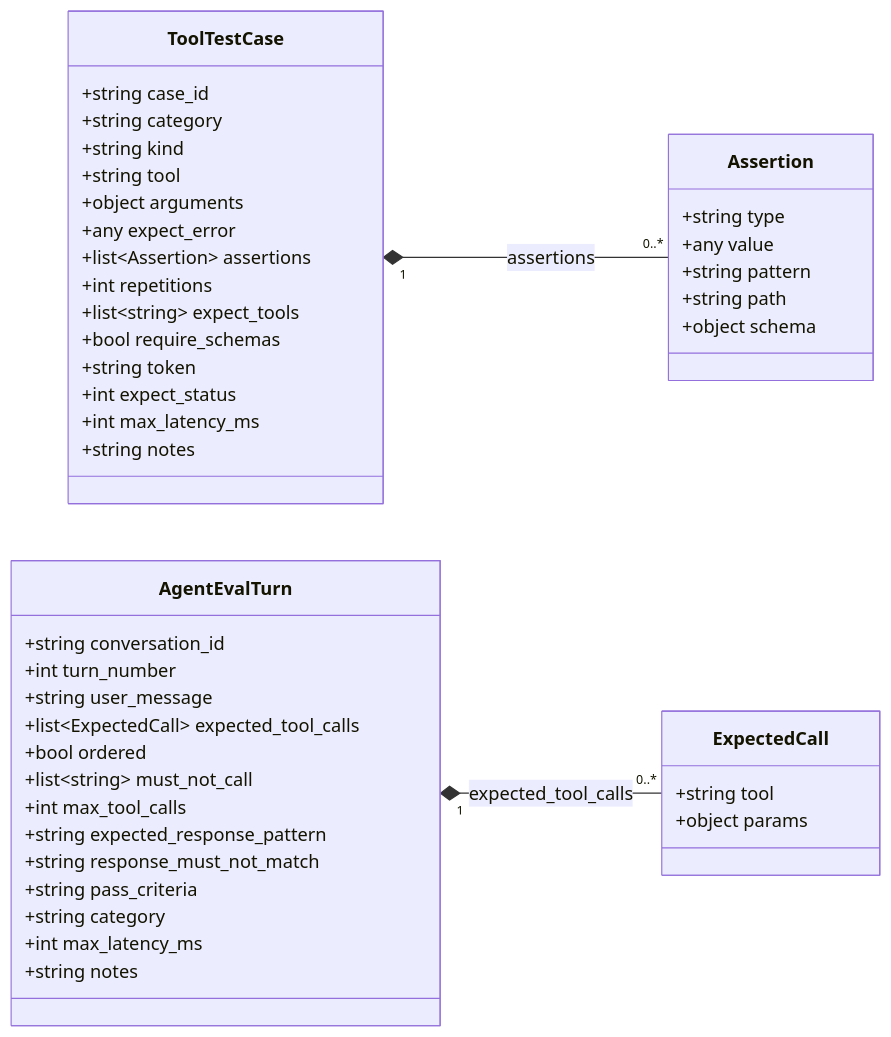
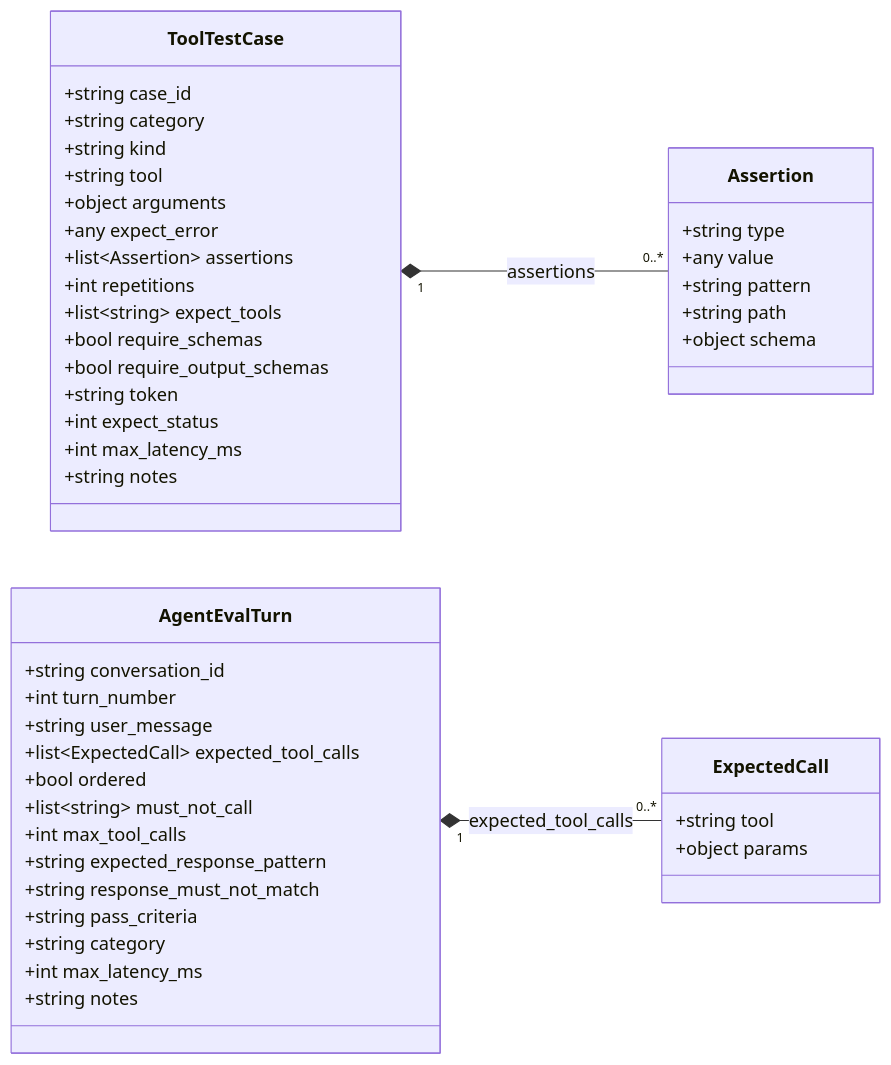
One commit to bradrlaw/foundryToolboxEval changed the third of 17 diagrams in docs/architecture.md. Above: the diagram before and after it, drawn with Mermaid. The commit also changed other lines of this file and 18 other files, not shown here.

First line of the commit message:
Sample tools: typed outputs with outputSchema; runner checks structured content

````diff
--- a/docs/architecture.md
+++ b/docs/architecture.md
@@ -151,48 +151,49 @@
 ```mermaid
 classDiagram
     direction LR
     class ToolTestCase {
         +string case_id
         +string category
         +string kind
         +string tool
         +object arguments
         +any expect_error
         +list~Assertion~ assertions
         +int repetitions
         +list~string~ expect_tools
         +bool require_schemas
+        +bool require_output_schemas
         +string token
         +int expect_status
         +int max_latency_ms
         +string notes
     }
     class Assertion {
         +string type
         +any value
         +string pattern
         +string path
         +object schema
     }
     class AgentEvalTurn {
         +string conversation_id
         +int turn_number
         +string user_message
         +list~ExpectedCall~ expected_tool_calls
         +bool ordered
         +list~string~ must_not_call
         +int max_tool_calls
         +string expected_response_pattern
         +string response_must_not_match
         +string pass_criteria
         +string category
         +int max_latency_ms
         +string notes
     }
     class ExpectedCall {
         +string tool
         +object params
     }
     ToolTestCase "1" *-- "0..*" Assertion : assertions
     AgentEvalTurn "1" *-- "0..*" ExpectedCall : expected_tool_calls
 ```
````
